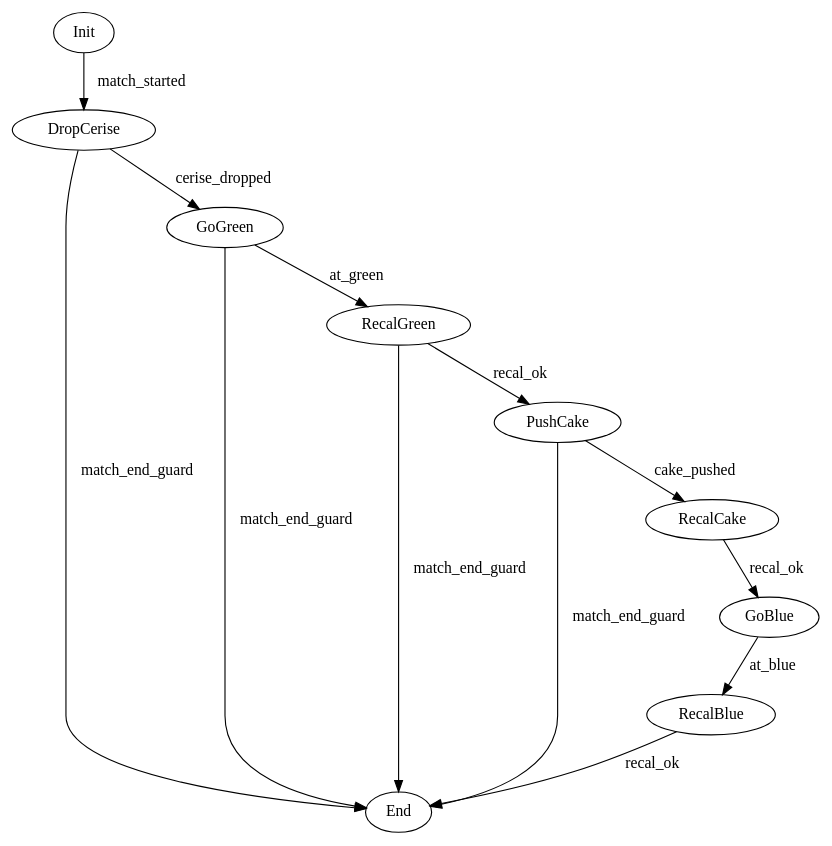
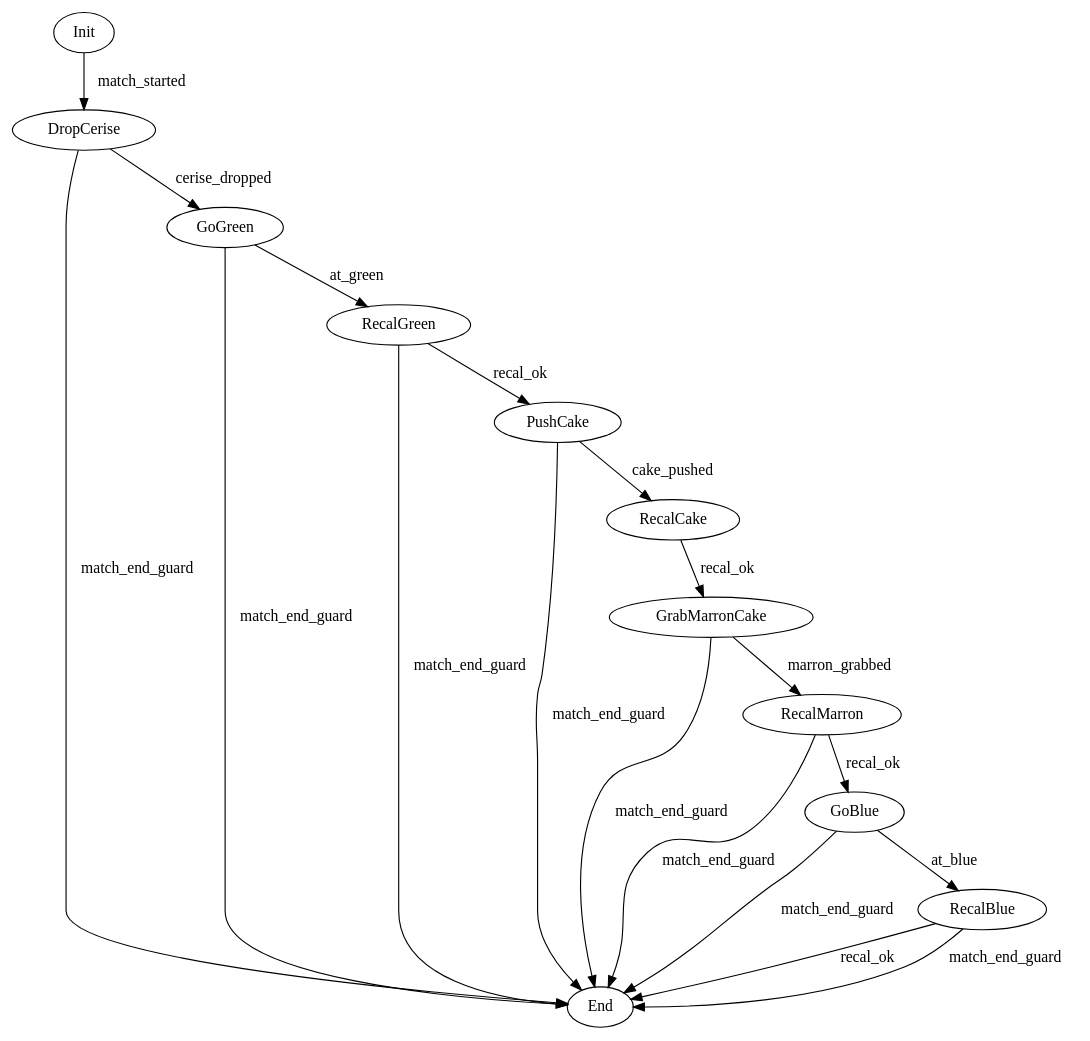
Before and after one commit to ENACRobotique/robot_rpi_2023: the diagram in src/strategieRobot/strategy_test.dot, drawn with Graphviz. The commit also changed 2 other files, not shown here.

Commit message:
Grab cake marron

```diff
--- a/src/strategieRobot/strategy_test.dot
+++ b/src/strategieRobot/strategy_test.dot
@@ -1,28 +1,32 @@
 #init Init
 digraph statemachine {
 
     //blue side state machine 
     Init [comment="enter:init_enter;loop:init_loop;leave:init_leave"]
     End  [comment="enter:end_enter;loop:end_loop"]
     DropCerise [comment="enter:cerise_enter;leave:cerise_leave"]
     GoGreen [comment="enter:gogreen_enter;loop:loop_gogreen"]
     PushCake [comment="enter:pushcake_enter;loop:pushcake_loop;leave:pushcake_leave"]
+    GrabMarronCake [comment="enter:marron_enter;loop:marron_loop"]
     GoBlue  [comment="enter:goblue_enter;leave:goblue_leave"]
     //RecalInit [comment="enter:debut_recal"]
     RecalGreen [comment="enter:debut_recal"]
     RecalCake [comment="enter:debut_recal"]
     RecalBlue [comment="enter:debut_recal"]
+    RecalMarron [comment="enter:debut_recal"]
 
     //Init -> RecalInit [label="match_started"]
     Init -> DropCerise [label="match_started"]
     //RecalInit -> DropCerise [label="recal_ok"]
     DropCerise -> GoGreen [label="cerise_dropped"]
     GoGreen -> RecalGreen [label="at_green"]
     RecalGreen -> PushCake [label="recal_ok"]
     PushCake -> RecalCake [label="cake_pushed"]
-    RecalCake -> GoBlue [label="recal_ok"]
+    RecalCake -> GrabMarronCake [label="recal_ok"]
+    GrabMarronCake -> RecalMarron [label="marron_grabbed"]
+    RecalMarron -> GoBlue [label="recal_ok"]
     GoBlue -> RecalBlue [label="at_blue"]
     RecalBlue -> End [label="recal_ok"]
-    {GoGreen PushCake DropCerise RecalGreen} -> End [label="match_end_guard"]
+    {GoGreen PushCake DropCerise RecalGreen GrabMarronCake RecalMarron GoBlue RecalBlue} -> End [label="match_end_guard"]
 
 }
```
